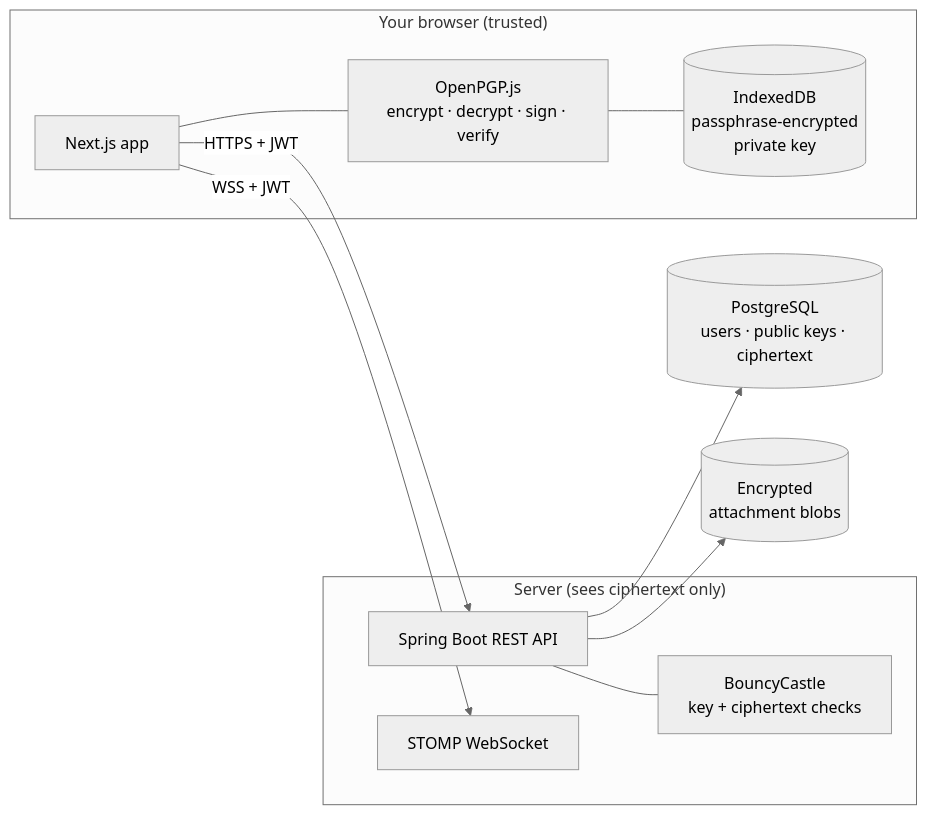
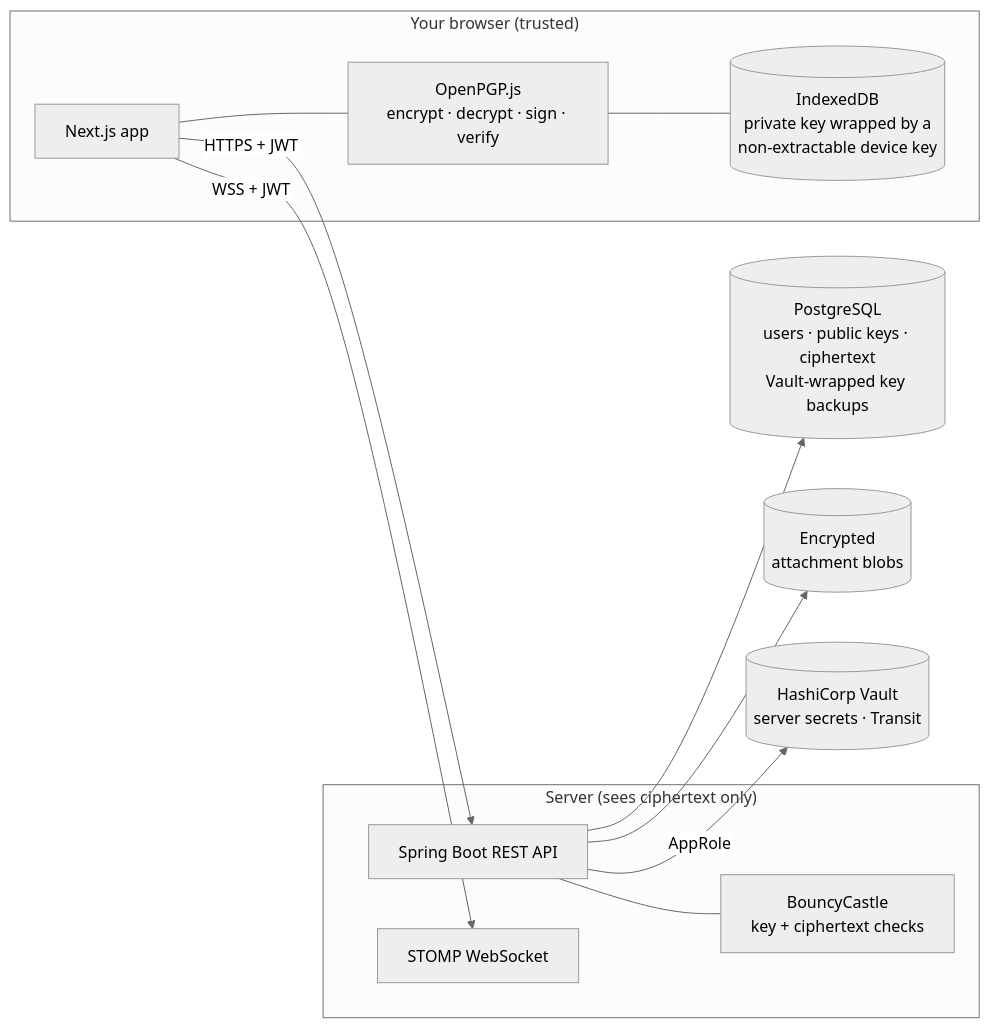
The second of 3 diagrams in README.md (DeNoella/cipherchat), drawn with Mermaid (neutral theme) before and after one commit. The commit also changed other lines of this file and 7 other files, not shown here.

First line of the commit message:
docs: describe passphrase-once sign-in, Vault and the key backup API

````diff
--- a/README.md
+++ b/README.md
@@ -68,21 +68,23 @@
 ```mermaid
 flowchart LR
     subgraph Browser["Your browser (trusted)"]
         UI[Next.js app]
         PGP[OpenPGP.js<br/>encrypt · decrypt · sign · verify]
-        IDB[(IndexedDB<br/>passphrase-encrypted<br/>private key)]
+        IDB[(IndexedDB<br/>private key wrapped by a<br/>non-extractable device key)]
         UI --- PGP --- IDB
     end
     subgraph Server["Server (sees ciphertext only)"]
         API[Spring Boot REST API]
         WS[STOMP WebSocket]
         BC[BouncyCastle<br/>key + ciphertext checks]
         API --- BC
     end
-    DB[(PostgreSQL<br/>users · public keys · ciphertext)]
+    DB[(PostgreSQL<br/>users · public keys · ciphertext<br/>Vault-wrapped key backups)]
     FS[(Encrypted<br/>attachment blobs)]
+    V[(HashiCorp Vault<br/>server secrets · Transit)]
     UI -- "HTTPS + JWT" --> API
     UI -- "WSS + JWT" --> WS
     API --> DB
     API --> FS
+    API -- "AppRole" --> V
 ```
````
